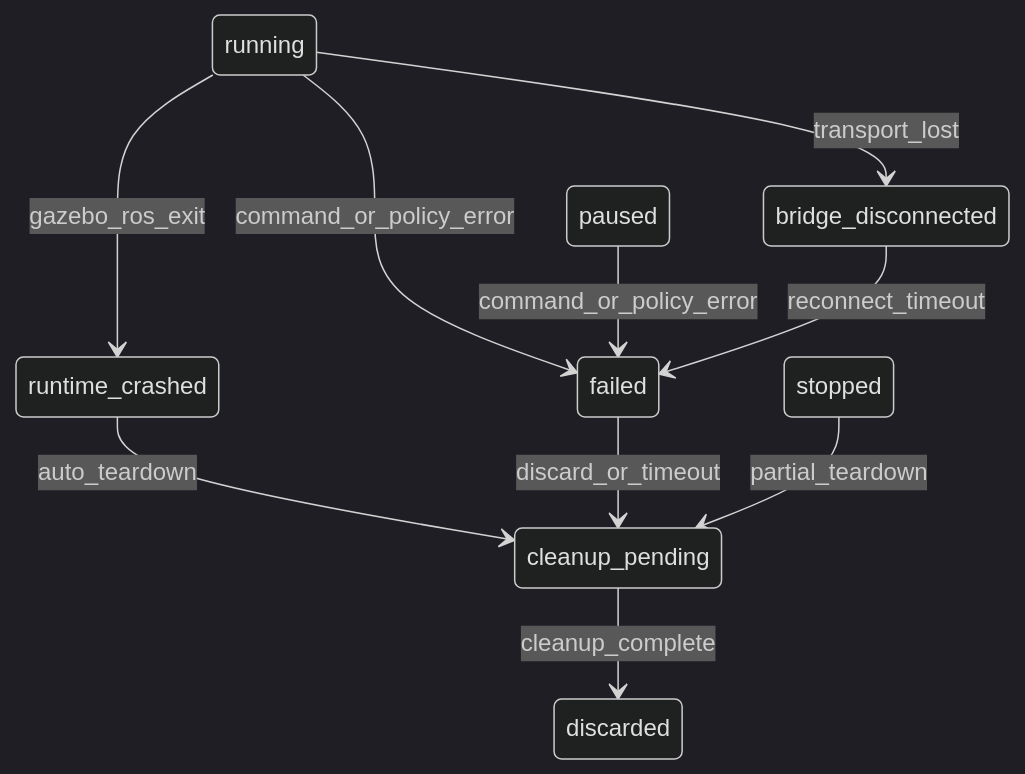
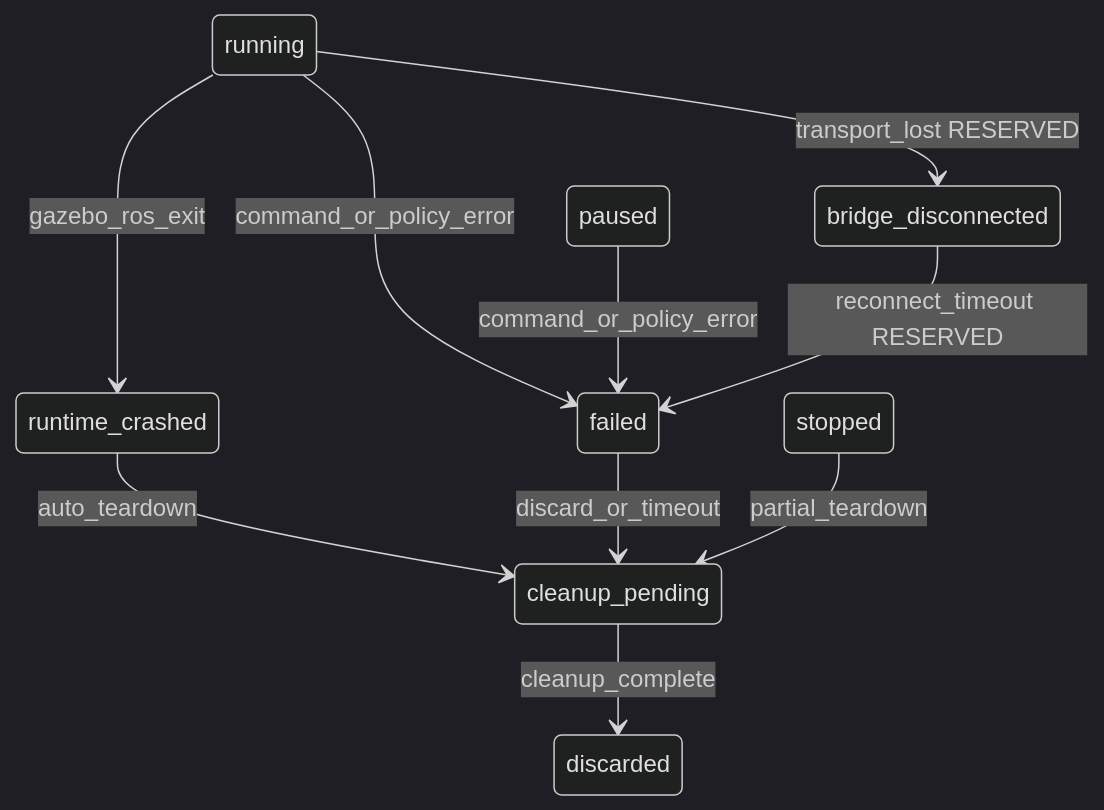
The second of 2 diagrams in docs/evaluation/rt_session_lifecycle_v1.md (Neolemoz/counter-uas-simulation), drawn with Mermaid (dark theme) before and after one commit. The commit also changed other lines of this file and 292 other files, not shown here.

````diff
--- a/docs/evaluation/rt_session_lifecycle_v1.md
+++ b/docs/evaluation/rt_session_lifecycle_v1.md
@@ -56,12 +58,12 @@
 ```mermaid
 stateDiagram-v2
   running --> failed: command_or_policy_error
   paused --> failed: command_or_policy_error
-  running --> bridge_disconnected: transport_lost
-  bridge_disconnected --> failed: reconnect_timeout
+  running --> bridge_disconnected: transport_lost RESERVED
+  bridge_disconnected --> failed: reconnect_timeout RESERVED
   running --> runtime_crashed: gazebo_ros_exit
   runtime_crashed --> cleanup_pending: auto_teardown
   failed --> cleanup_pending: discard_or_timeout
   stopped --> cleanup_pending: partial_teardown
   cleanup_pending --> discarded: cleanup_complete
 ```
````
